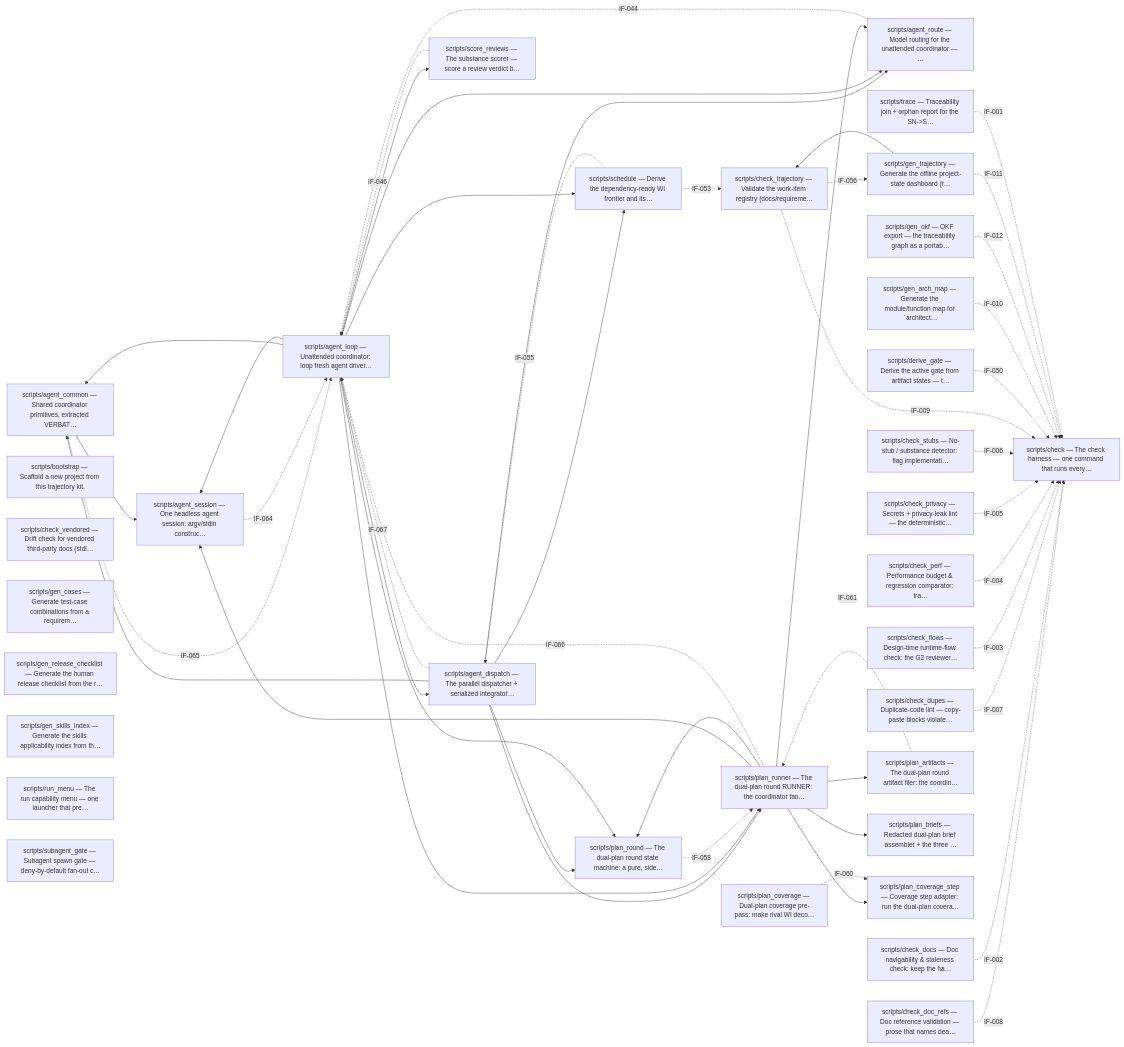
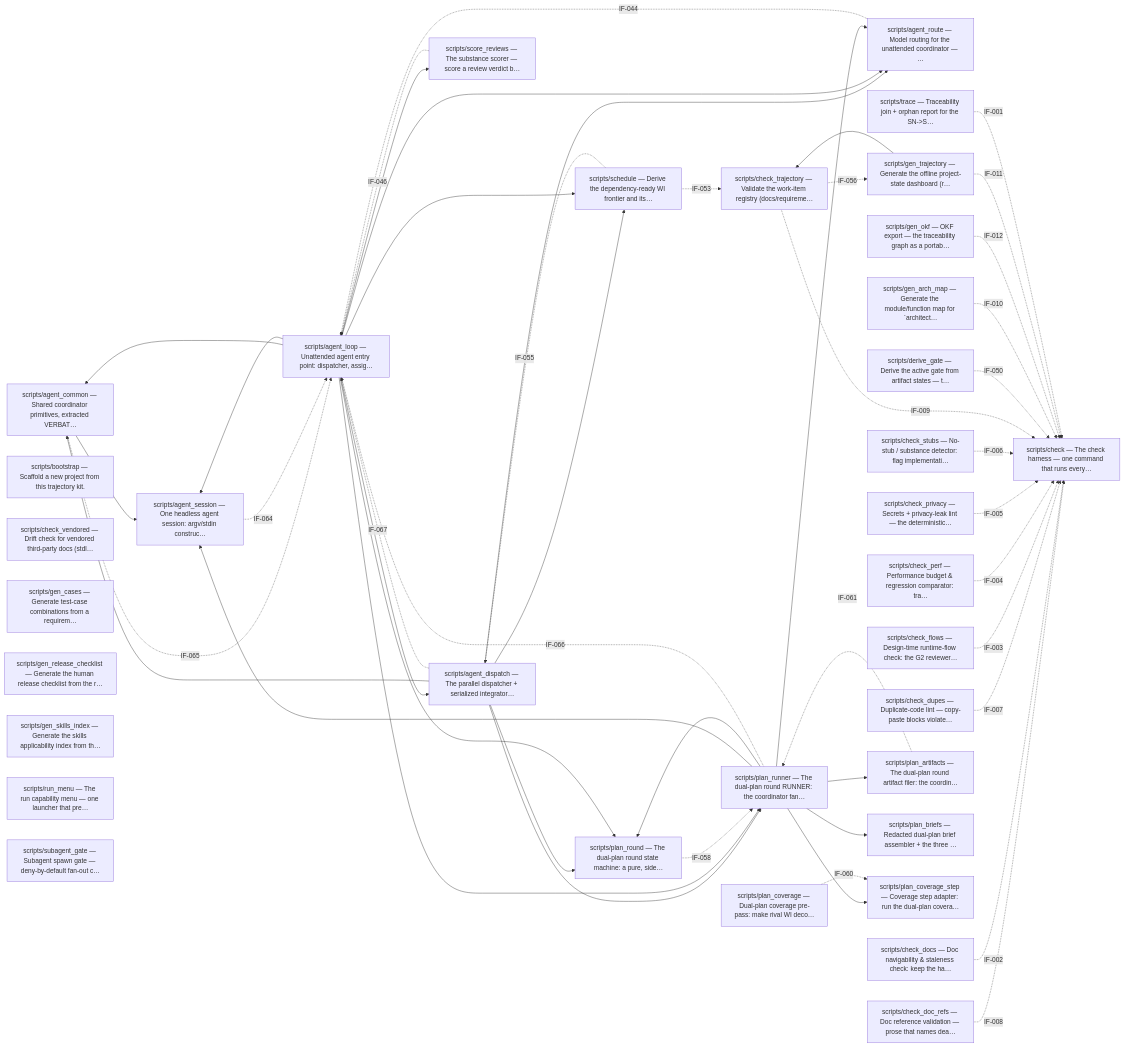
The first of 4 diagrams in docs/architecture.md (diytechy/ai-template), drawn with Mermaid before and after one commit. The commit also changed other lines of this file and 25 other files, not shown here.

```diff
--- a/docs/architecture.md
+++ b/docs/architecture.md
@@ -38,7 +38,7 @@
 graph LR
     m_scripts_agent_common["scripts/agent_common — Shared coordinator primitives, extracted VERBAT…"]
     m_scripts_agent_dispatch["scripts/agent_dispatch — The parallel dispatcher + serialized integrator…"]
-    m_scripts_agent_loop["scripts/agent_loop — Unattended coordinator: loop fresh agent driver…"]
+    m_scripts_agent_loop["scripts/agent_loop — Unattended agent entry point: dispatcher, assig…"]
     m_scripts_agent_route["scripts/agent_route — Model routing for the unattended coordinator — …"]
     m_scripts_agent_session["scripts/agent_session — One headless agent session: argv/stdin construc…"]
     m_scripts_bootstrap["scripts/bootstrap — Scaffold a new project from this trajectory kit."]
```
